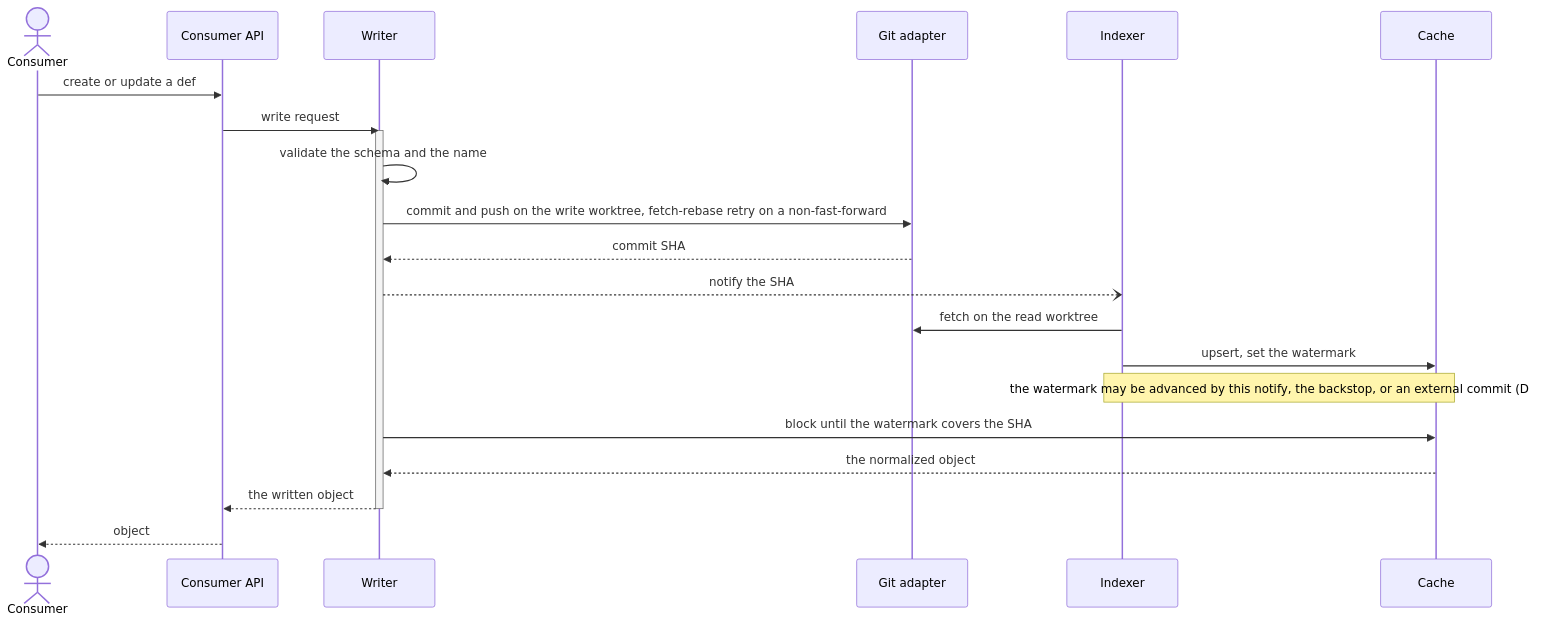
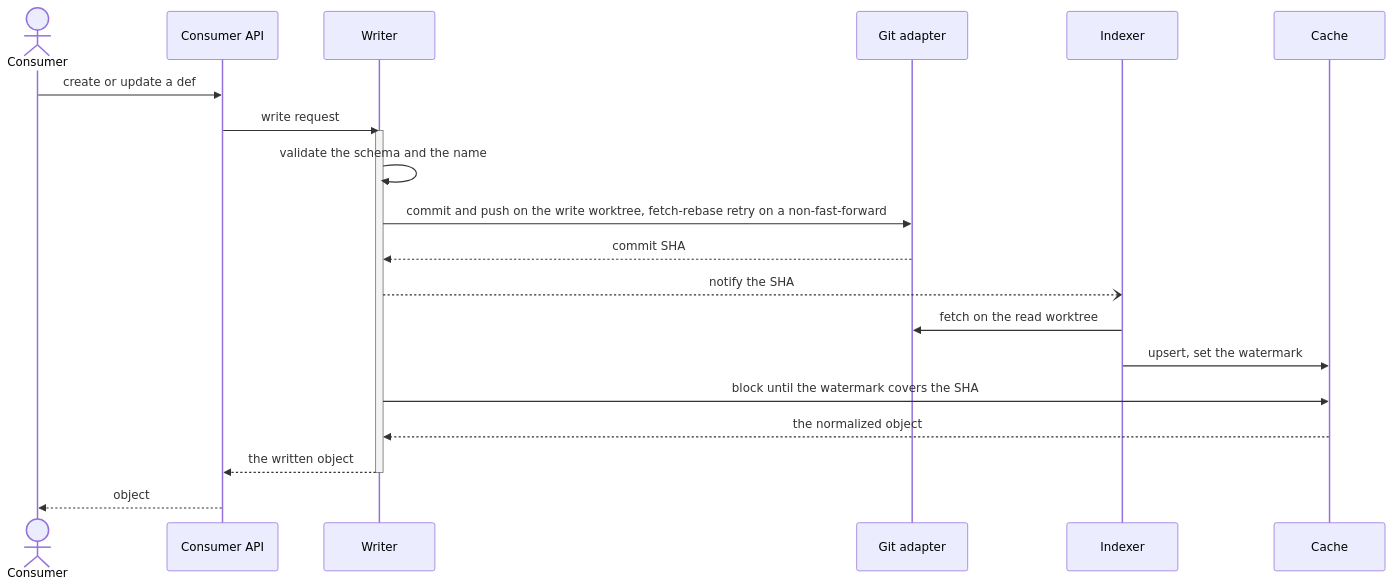
One commit to Netcracker/qubership-envgene changed the fifth of 5 diagrams in docs/analysis/app-reg-def-service/design/architecture.md. Above: the diagram before and after it, drawn with Mermaid. The commit also changed other lines of this file, not shown here.

First line of the commit message:
docs: close completeness gaps and cut redundancy in architecture.md

````diff
--- a/docs/analysis/app-reg-def-service/design/architecture.md
+++ b/docs/analysis/app-reg-def-service/design/architecture.md
@@ -108,24 +105,23 @@
 ```mermaid
 sequenceDiagram
   actor C as Consumer
   participant API as Consumer API
   participant W as Writer
   participant GA as Git adapter
   participant IX as Indexer
   participant Cache
   C->>API: create or update a def
   API->>W: write request
   activate W
   W->>W: validate the schema and the name
   W->>GA: commit and push on the write worktree, fetch-rebase retry on a non-fast-forward
   GA-->>W: commit SHA
   W--)IX: notify the SHA
   IX->>GA: fetch on the read worktree
   IX->>Cache: upsert, set the watermark
-  Note over IX,Cache: the watermark may be advanced by this notify, the backstop, or an external commit (D30)
   W->>Cache: block until the watermark covers the SHA
   Cache-->>W: the normalized object
   W-->>API: the written object
   deactivate W
   API-->>C: object
 ```
````
